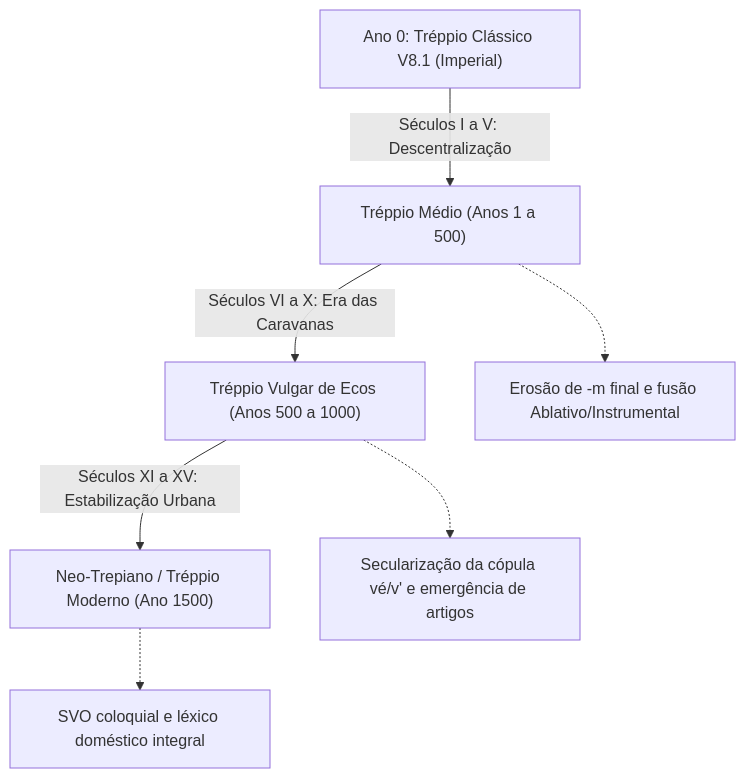
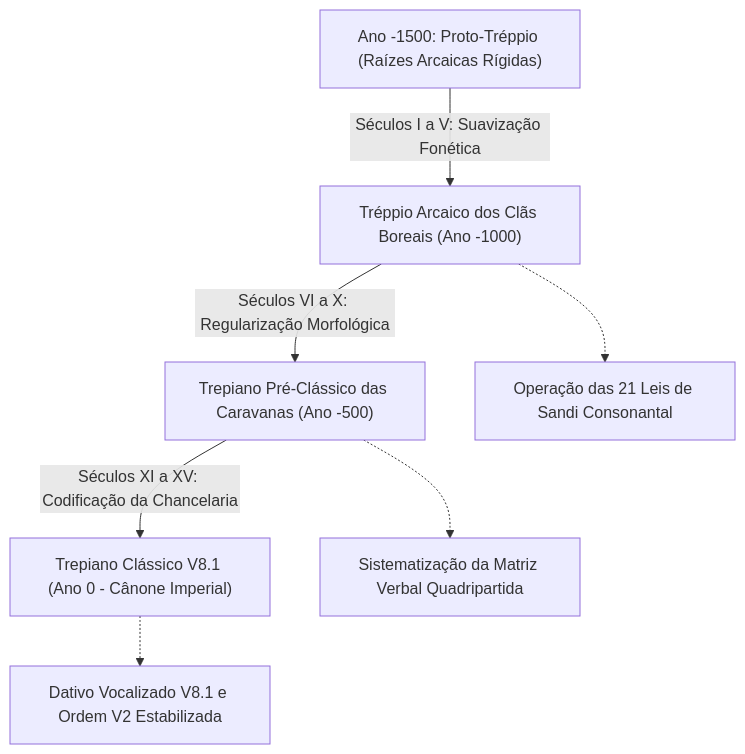
Before and after one commit to Maiiasere5763/conde-treppio: the diagram in sandbox/simulacao_diacronica_1500_anos.md, drawn with Mermaid. The commit also changed other lines of this file and 21 other files, not shown here.

Commit message:
feat(treppio): evolucao diacronica de 1500 anos Era Antiga -> Era Classica com 44.585 formas puras

````diff
--- a/sandbox/simulacao_diacronica_1500_anos.md
+++ b/sandbox/simulacao_diacronica_1500_anos.md
@@ -22,10 +23,10 @@
 ```mermaid
 flowchart TD
-    A["Ano 0: Tréppio Clássico V8.1 (Imperial)"] -->|Séculos I a V: Descentralização| B["Tréppio Médio (Anos 1 a 500)"]
-    B -->|Séculos VI a X: Era das Caravanas| C["Tréppio Vulgar de Ecos (Anos 500 a 1000)"]
-    C -->|Séculos XI a XV: Estabilização Urbana| D["Neo-Trepiano / Tréppio Moderno (Ano 1500)"]
+    A["Ano -1500: Proto-Tréppio (Raízes Arcaicas Rígidas)"] -->|Séculos I a V: Suavização Fonética| B["Tréppio Arcaico dos Clãs Boreais (Ano -1000)"]
+    B -->|Séculos VI a X: Regularização Morfológica| C["Trepiano Pré-Clássico das Caravanas (Ano -500)"]
+    C -->|Séculos XI a XV: Codificação da Chancelaria| D["Trepiano Clássico V8.1 (Ano 0 - Cânone Imperial)"]
 
-    B -.-> B1["Erosão de -m final e fusão Ablativo/Instrumental"]
-    C -.-> C1["Secularização da cópula vé/v' e emergência de artigos"]
-    D -.-> D1["SVO coloquial e léxico doméstico integral"]
+    B -.-> B1["Operação das 21 Leis de Sandi Consonantal"]
+    C -.-> C1["Sistematização da Matriz Verbal Quadripartida"]
+    D -.-> D1["Dativo Vocalizado V8.1 e Ordem V2 Estabilizada"]
 ```
````
